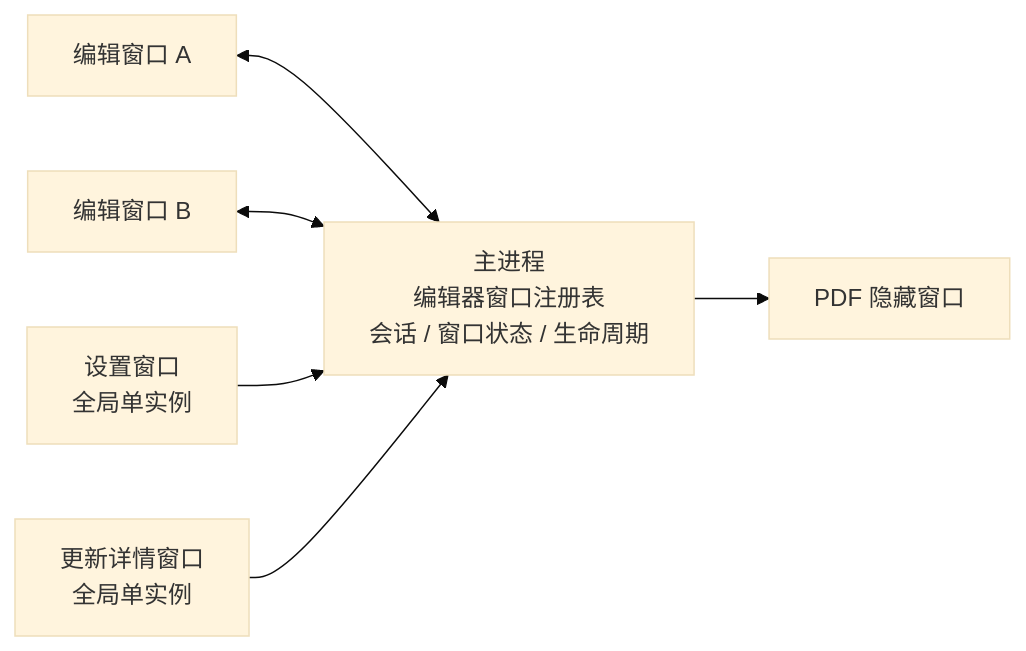
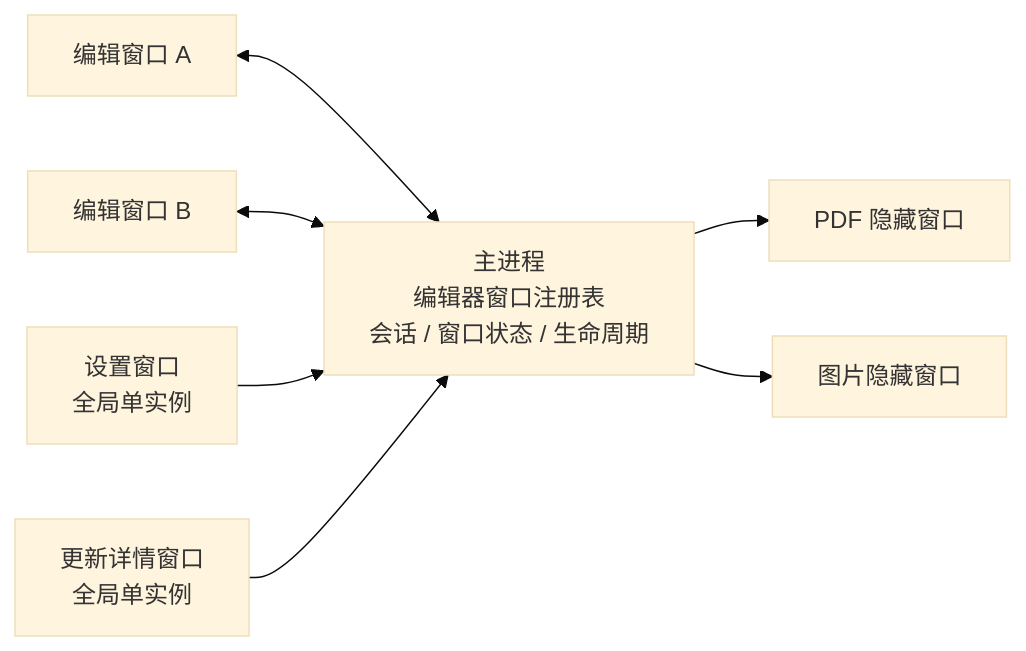
The first of 4 diagrams in docs/多窗口架构.md (Harley-xk/mark-it), drawn with Mermaid (base theme) before and after one commit. The commit also changed other lines of this file and 39 other files, not shown here.

````diff
--- a/docs/多窗口架构.md
+++ b/docs/多窗口架构.md
@@ -24,15 +26,17 @@
 ```mermaid
 flowchart LR
   EW1["编辑窗口 A"]
   EW2["编辑窗口 B"]
   MW["主进程<br/>编辑器窗口注册表<br/>会话 / 窗口状态 / 生命周期"]
   SW["设置窗口<br/>全局单实例"]
   UW["更新详情窗口<br/>全局单实例"]
   PDF["PDF 隐藏窗口"]
+  IMAGE["图片隐藏窗口"]
 
   EW1 <--> MW
   EW2 <--> MW
   SW --> MW
   UW --> MW
   MW --> PDF
+  MW --> IMAGE
 ```
````
